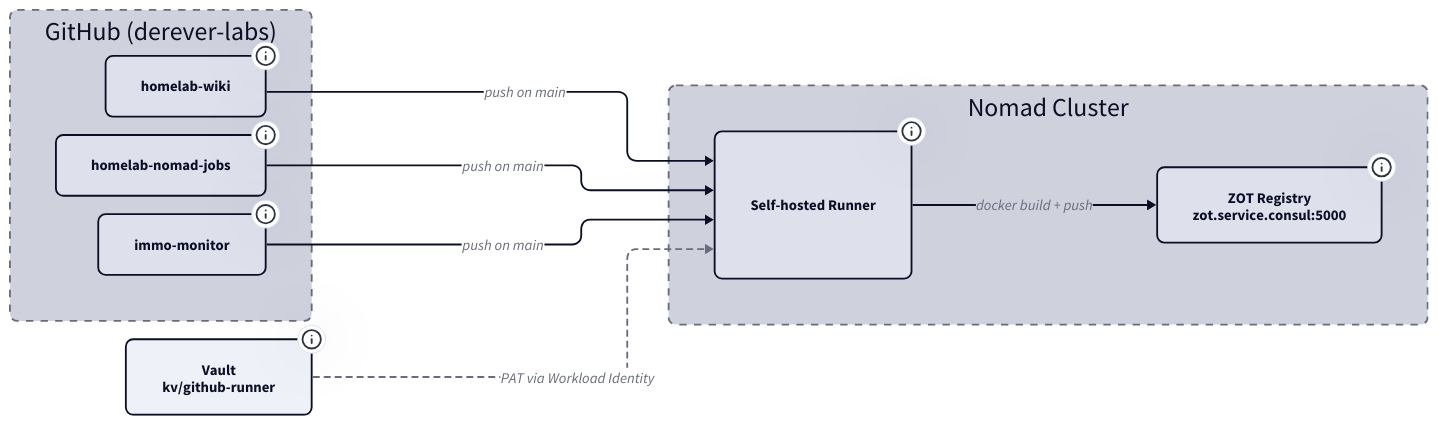
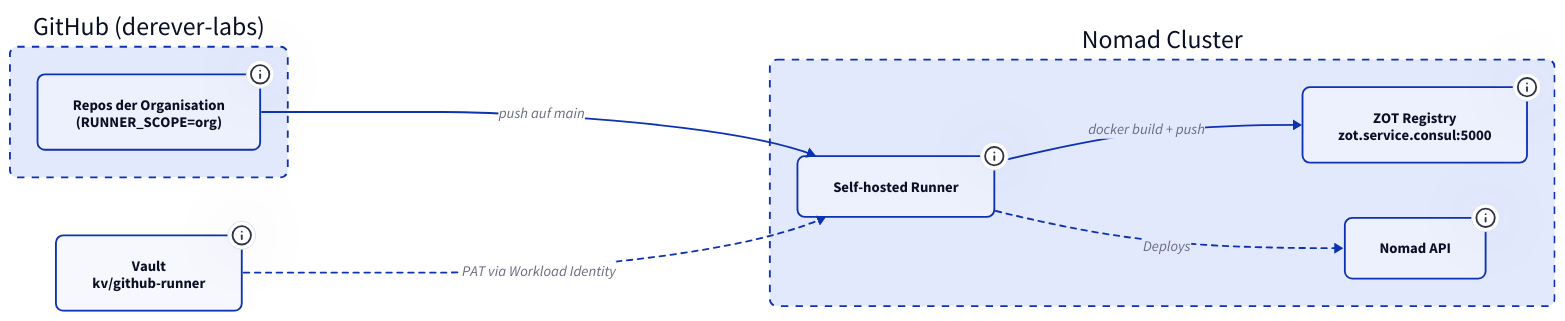
The diagram in docs/github-runner/index.md (derever-labs/homelab-wiki), drawn with D2 before and after one commit. The commit also changed 10 other files, not shown here.

First line of the commit message:
docs(identity): Diagramme fuer TALA ueberarbeiten (Batch B4) (#99)

````diff
--- a/docs/github-runner/index.md
+++ b/docs/github-runner/index.md
@@ -30,68 +30,48 @@
 ```d2
 direction: right
 
-vars: {
-  d2-config: {
-    theme-id: 1
-    layout-engine: elk
-  }
-}
-
 classes: {
-  node: {
-    style: {
-      border-radius: 8
-    }
-  }
-  container: {
-    style: {
-      border-radius: 8
-      stroke-dash: 4
-    }
-  }
+  node: { style: { border-radius: 8 } }
+  container: { style: { border-radius: 8; stroke-dash: 4 } }
 }
 
 github: GitHub (derever-labs) {
   class: container
 
-  wiki: homelab-wiki {
+  repos: "Repos der Organisation\n(RUNNER_SCOPE=org)" {
     class: node
-    tooltip: "VitePress Build + Webhook"
-  }
-  nomad-jobs: homelab-nomad-jobs {
-    class: node
-    tooltip: "Container Build + Deploy"
-  }
-  immo: immo-monitor {
-    class: node
-    tooltip: "Container Build + Deploy"
+    tooltip: "Alle Repos der Org -- Wiki-Builds, Container-Builds, Deployments"
   }
 }
 
 nomad: Nomad Cluster {
   class: container
 
   runner: Self-hosted Runner {
     class: node
-    tooltip: "RUNNER_SCOPE=org\nPrivileged, Host-Networking\nclient-05 oder client-06"
+    tooltip: "Privileged, Host-Networking, Docker-Socket | client-05 oder client-06"
   }
-  zot: ZOT Registry\nzot.service.consul:5000 {
+  zot: "ZOT Registry\nzot.service.consul:5000" {
     class: node
-    tooltip: "Auflösung via Consul-DNS | Runner nutzt Host-Networking"
+    tooltip: "Auflösung via Consul-DNS -- Runner nutzt Host-Networking"
+  }
+  api: Nomad API {
+    class: node
+    tooltip: "nomad job plan + run -- kurzlebiger Token aus der Vault Nomad Secret Engine"
   }
 }
 
-vault: Vault\nkv/github-runner {
+vault: "Vault\nkv/github-runner" {
   class: node
-  tooltip: "Classic PAT (permanent)\nScopes: repo, workflow, admin:org"
+  tooltip: "Classic PAT (permanent) | Scopes: repo, workflow, admin:org"
 }
 
-github.wiki -> nomad.runner: push on main
-github.nomad-jobs -> nomad.runner: push on main
-github.immo -> nomad.runner: push on main
-
+github.repos -> nomad.runner: push auf main
 nomad.runner -> nomad.zot: docker build + push
+nomad.runner -> nomad.api: Deploys {
+  style.stroke-dash: 3
+}
 vault -> nomad.runner: PAT via Workload Identity {
   style.stroke-dash: 3
 }
 ```
````
